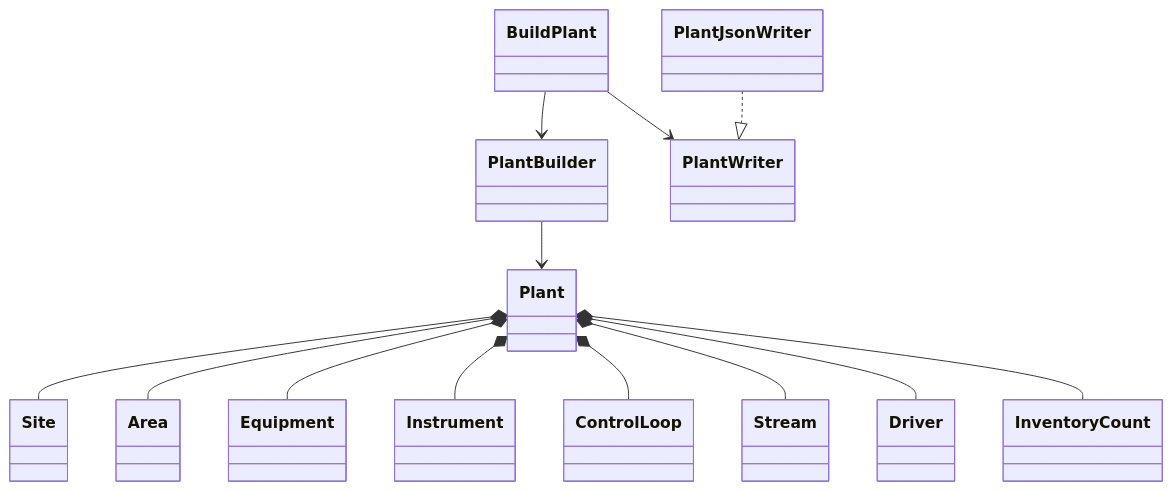
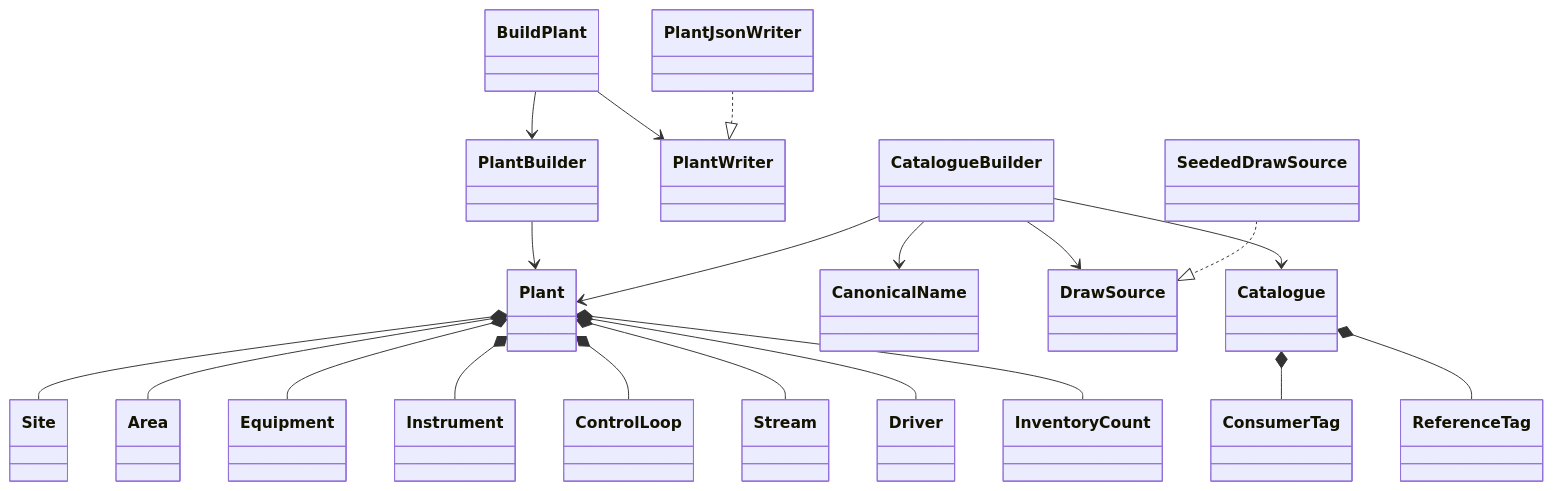
One commit to IAugustoMZ/orion_chemicals_data_platform changed the second of 2 diagrams in specs/004-plant-tag-catalogue/teaching-guide.md. Above: the diagram before and after it, drawn with Mermaid. The commit also changed other lines of this file and 21 other files, not shown here.

First line of the commit message:
feat(004): generate source-scoped tag names and references

````diff
--- a/specs/004-plant-tag-catalogue/teaching-guide.md
+++ b/specs/004-plant-tag-catalogue/teaching-guide.md
@@ -56,15 +66,22 @@
 ```mermaid
 classDiagram
     BuildPlant --> PlantBuilder
     BuildPlant --> PlantWriter
     PlantJsonWriter ..|> PlantWriter
     PlantBuilder --> Plant
     Plant *-- Site
     Plant *-- Area
     Plant *-- Equipment
     Plant *-- Instrument
     Plant *-- ControlLoop
     Plant *-- Stream
     Plant *-- Driver
     Plant *-- InventoryCount
+    CatalogueBuilder --> Plant
+    CatalogueBuilder --> CanonicalName
+    CatalogueBuilder --> DrawSource
+    SeededDrawSource ..|> DrawSource
+    CatalogueBuilder --> Catalogue
+    Catalogue *-- ConsumerTag
+    Catalogue *-- ReferenceTag
 ```
````
